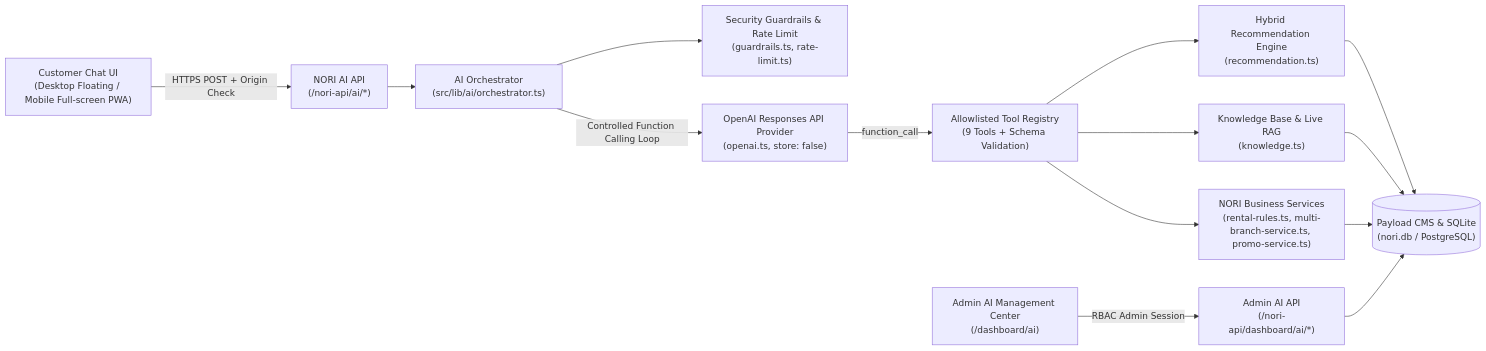
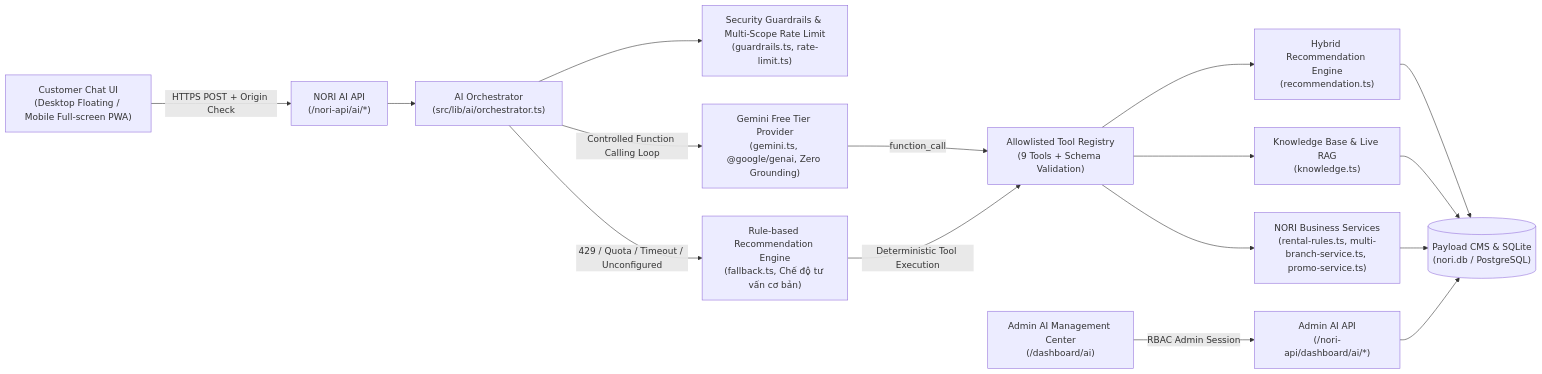
One commit to nquocthinh06/nori-vehicle-rental changed the first of 4 diagrams in docs/AI_ARCHITECTURE.md. Above: the diagram before and after it, drawn with Mermaid. The commit also changed other lines of this file and 36 other files, not shown here.

Commit message:
feat(ai): migrate NORI AI Assistant to Google Gemini API Free Tier with Rule-based Fallback

````diff
--- a/docs/AI_ARCHITECTURE.md
+++ b/docs/AI_ARCHITECTURE.md
@@ -13,29 +14,32 @@
 ```mermaid
 flowchart LR
   CustomerUI["Customer Chat UI\n(Desktop Floating / Mobile Full-screen PWA)"]
   AdminUI["Admin AI Management Center\n(/dashboard/ai)"]
   AIChatAPI["NORI AI API\n(/nori-api/ai/*)"]
   AdminAIAPI["Admin AI API\n(/nori-api/dashboard/ai/*)"]
   Orchestrator["AI Orchestrator\n(src/lib/ai/orchestrator.ts)"]
-  Guardrails["Security Guardrails & Rate Limit\n(guardrails.ts, rate-limit.ts)"]
-  OpenAIProvider["OpenAI Responses API Provider\n(openai.ts, store: false)"]
+  Guardrails["Security Guardrails & Multi-Scope Rate Limit\n(guardrails.ts, rate-limit.ts)"]
+  GeminiProvider["Gemini Free Tier Provider\n(gemini.ts, @google/genai, Zero Grounding)"]
+  FallbackEngine["Rule-based Recommendation Engine\n(fallback.ts, Chế độ tư vấn cơ bản)"]
   ToolRegistry["Allowlisted Tool Registry\n(9 Tools + Schema Validation)"]
   RecEngine["Hybrid Recommendation Engine\n(recommendation.ts)"]
   KnowledgeRAG["Knowledge Base & Live RAG\n(knowledge.ts)"]
   BusinessServices["NORI Business Services\n(rental-rules.ts, multi-branch-service.ts, promo-service.ts)"]
   PayloadDB[("Payload CMS & SQLite\n(nori.db / PostgreSQL)")]
 
   CustomerUI -->|"HTTPS POST + Origin Check"| AIChatAPI
   AdminUI -->|"RBAC Admin Session"| AdminAIAPI
   AIChatAPI --> Orchestrator
   Orchestrator --> Guardrails
-  Orchestrator -->|"Controlled Function Calling Loop"| OpenAIProvider
-  OpenAIProvider -->|"function_call"| ToolRegistry
+  Orchestrator -->|"Controlled Function Calling Loop"| GeminiProvider
+  Orchestrator -->|"429 / Quota / Timeout / Unconfigured"| FallbackEngine
+  GeminiProvider -->|"function_call"| ToolRegistry
+  FallbackEngine -->|"Deterministic Tool Execution"| ToolRegistry
   ToolRegistry --> RecEngine
   ToolRegistry --> KnowledgeRAG
   ToolRegistry --> BusinessServices
   RecEngine --> PayloadDB
   KnowledgeRAG --> PayloadDB
   BusinessServices --> PayloadDB
   AdminAIAPI --> PayloadDB
 ```
````
